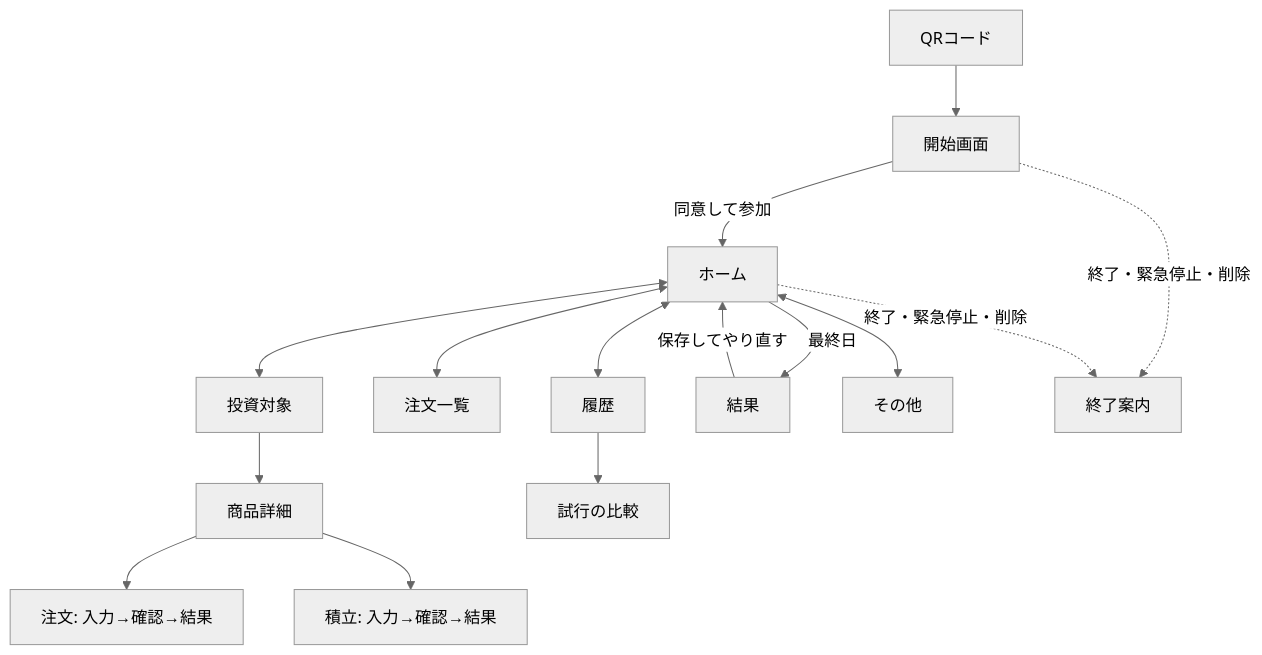
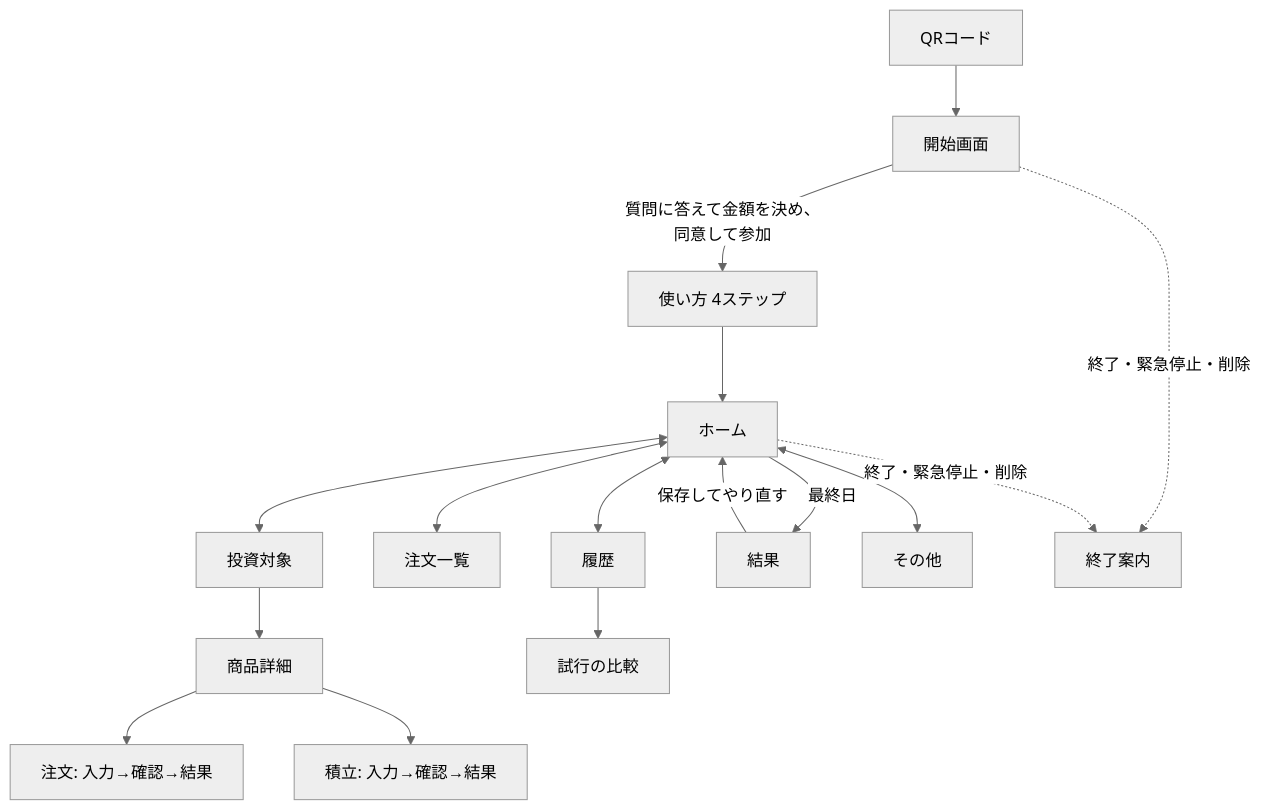
The second of 4 diagrams in docs/DESIGN.md (S-Yus/Saisin-Project-Simulator), drawn with Mermaid (neutral theme) before and after one commit. The commit also changed other lines of this file and 17 other files, not shown here.

````diff
--- a/docs/DESIGN.md
+++ b/docs/DESIGN.md
@@ -34,13 +34,13 @@
 ```mermaid
 flowchart TD
   QR[QRコード] --> START[開始画面]
-  START -- 同意して参加 --> HOME[ホーム]
+  START -- 質問に答えて金額を決め、同意して参加 --> GUIDE[使い方 4ステップ] --> HOME[ホーム]
   HOME <--> MARKET[投資対象] --> DETAIL[商品詳細]
   DETAIL --> ORDER[注文: 入力→確認→結果]
   DETAIL --> PLAN[積立: 入力→確認→結果]
   HOME <--> ORDERS[注文一覧]
   HOME <--> HIST[履歴] --> CMP[試行の比較]
   HOME -- 最終日 --> RESULT[結果] -- 保存してやり直す --> HOME
   HOME <--> MORE[その他]
   START & HOME -. 終了・緊急停止・削除 .-> END[終了案内]
 ```
````
